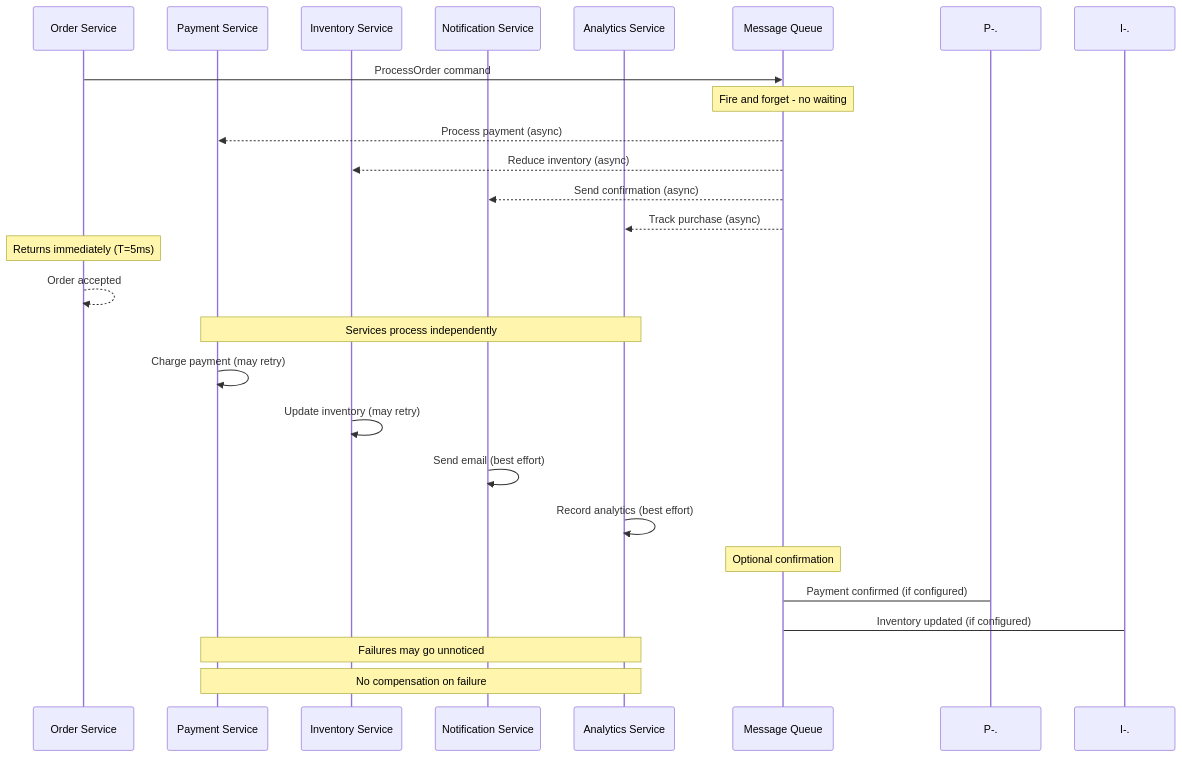
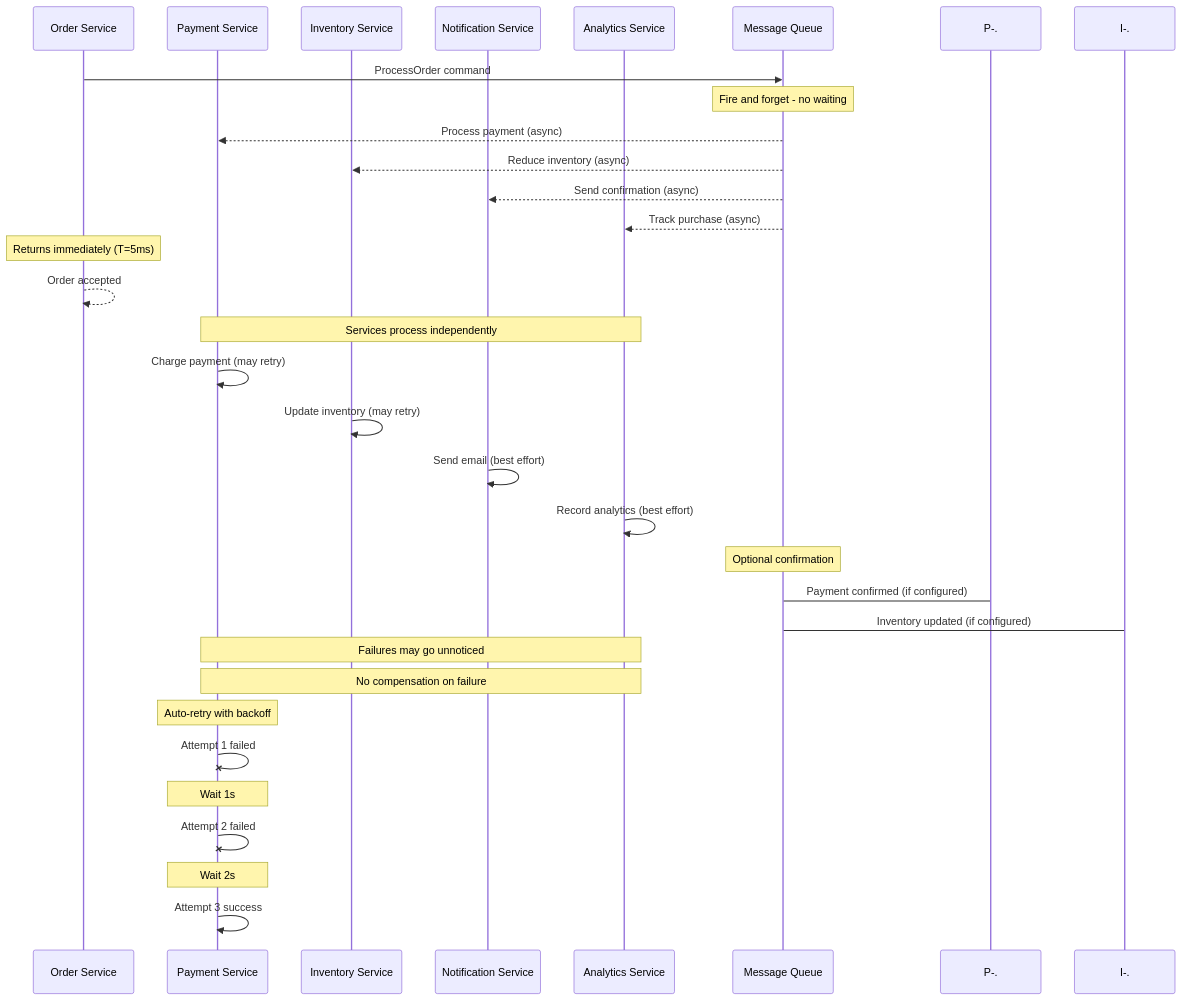
One commit to ha1tch/dxp changed the fifth of 23 diagrams in doc/dxp-03-sequence-diagrams.md. Above: the diagram before and after it, drawn with Mermaid. The commit also changed other lines of this file and 6 other files, not shown here.

````diff
--- a/doc/dxp-03-sequence-diagrams.md
+++ b/doc/dxp-03-sequence-diagrams.md
@@ -168,33 +180,40 @@
 ```mermaid
 sequenceDiagram
     participant O as Order Service
     participant P as Payment Service
     participant I as Inventory Service
     participant N as Notification Service
     participant A as Analytics Service
     participant Q as Message Queue
 
     O->>Q: ProcessOrder command
     
     Note over Q: Fire and forget - no waiting
     Q-->>P: Process payment (async)
     Q-->>I: Reduce inventory (async)
     Q-->>N: Send confirmation (async)
     Q-->>A: Track purchase (async)
     
     Note over O: Returns immediately (T=5ms)
     O-->>O: Order accepted
 
     Note over P,A: Services process independently
     P->>P: Charge payment (may retry)
     I->>I: Update inventory (may retry)
     N->>N: Send email (best effort)
     A->>A: Record analytics (best effort)
 
     Note over Q: Optional confirmation
     P-.->Q: Payment confirmed (if configured)
     I-.->Q: Inventory updated (if configured)
     
     Note over P,A: Failures may go unnoticed
     Note over P,A: No compensation on failure
+    
+    Note over P: Auto-retry with backoff
+    P-xP: Attempt 1 failed
+    Note over P: Wait 1s
+    P-xP: Attempt 2 failed
+    Note over P: Wait 2s
+    P->>P: Attempt 3 success
 ```
````
